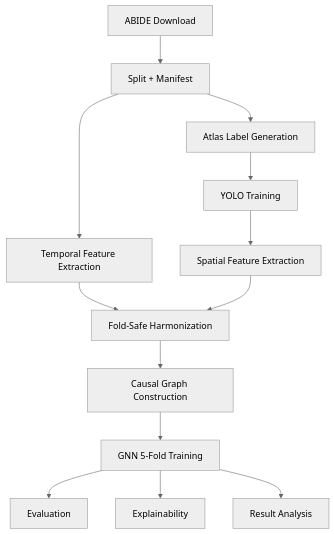
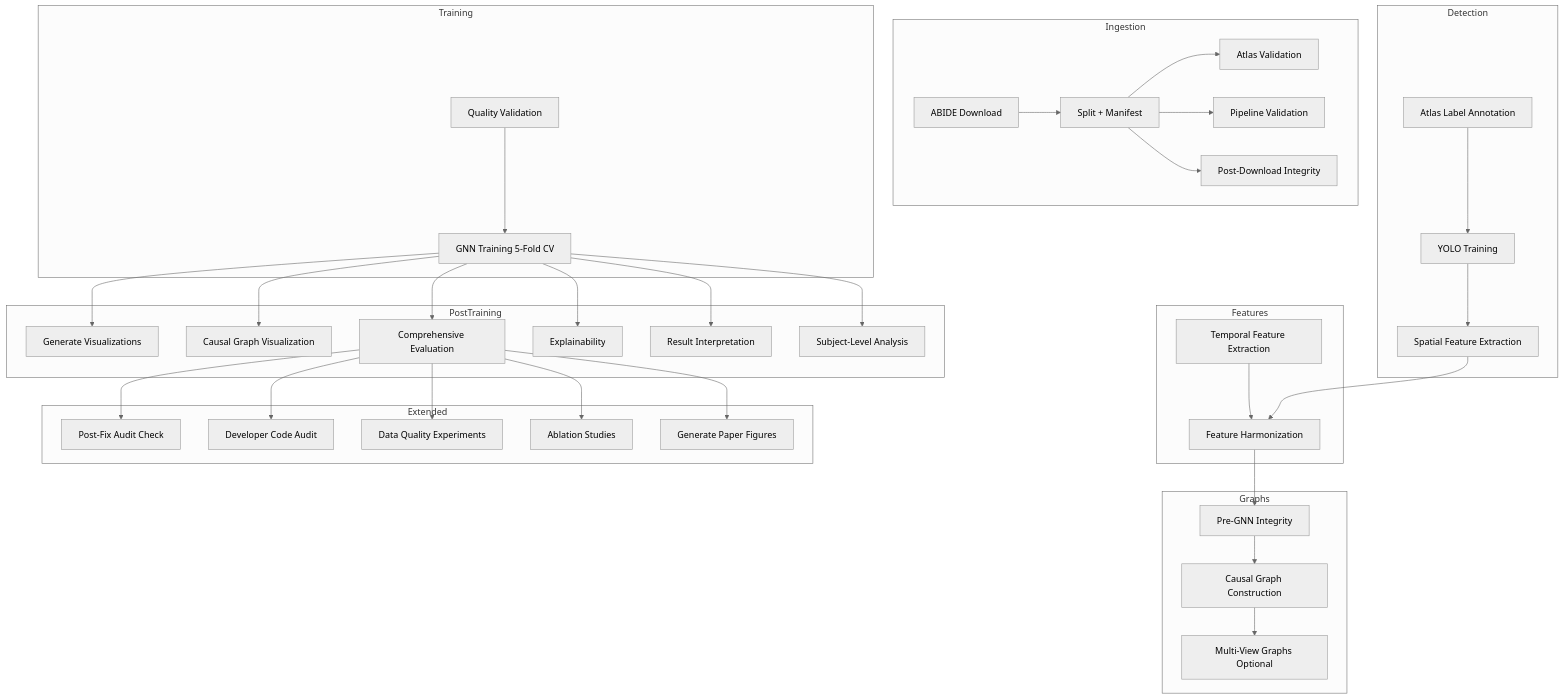
One commit to Nidszxh/Neuro-CXG changed the diagram in docs/architecture.md. Above: the diagram before and after it, drawn with Mermaid (neutral theme). The commit also changed other lines of this file and 80 other files, not shown here.

Commit message:
docs & results: comprehensive analysis, evaluation metrics, and explainability reports

````diff
--- a/docs/architecture.md
+++ b/docs/architecture.md
@@ -9,15 +9,42 @@
 ```mermaid
 flowchart TD
-    A[ABIDE Download] --> B[Split + Manifest]
-    B --> C[Atlas Label Generation]
-    C --> D[YOLO Training]
-    B --> E[Temporal Feature Extraction]
-    D --> F[Spatial Feature Extraction]
-    E --> G[Fold-Safe Harmonization]
-    F --> G
-    G --> H[Causal Graph Construction]
-    H --> I[GNN 5-Fold Training]
-    I --> J[Evaluation]
-    I --> K[Explainability]
-    I --> L[Result Analysis]
+    subgraph Ingestion
+        A1[ABIDE Download] --> A2[Split + Manifest]
+        A2 --> A3[Atlas Validation]
+        A2 --> A4[Pipeline Validation]
+        A2 --> A5[Post-Download Integrity]
+    end
+    subgraph Detection
+        B1[Atlas Label Annotation] --> B2[YOLO Training]
+        B2 --> B3[Spatial Feature Extraction]
+    end
+    subgraph Features
+        C1[Temporal Feature Extraction] --> C2[Feature Harmonization]
+        B3 --> C2
+    end
+    subgraph Graphs
+        D1[Pre-GNN Integrity] --> D2[Causal Graph Construction]
+        D2 --> D3[Multi-View Graphs Optional]
+    end
+    subgraph Training
+        E1[Quality Validation] --> E2[GNN Training 5-Fold CV]
+    end
+    subgraph PostTraining
+        F1[Generate Visualizations]
+        F2[Causal Graph Visualization]
+        F3[Comprehensive Evaluation]
+        F4[Explainability]
+        F5[Result Interpretation]
+        F6[Subject-Level Analysis]
+    end
+    subgraph Extended
+        G1[Post-Fix Audit Check]
+        G2[Developer Code Audit]
+        G3[Data Quality Experiments]
+        G4[Ablation Studies]
+        G5[Generate Paper Figures]
+    end
+    C2 --> D1
+    E2 --> F1 & F2 & F3 & F4 & F5 & F6
+    F3 --> G1 & G2 & G3 & G4 & G5
 ```
````
